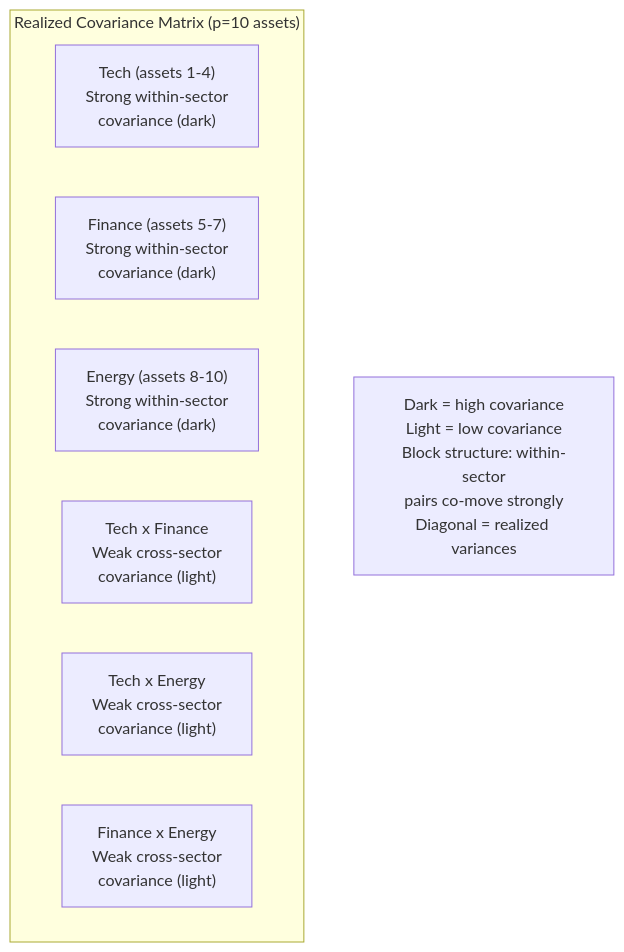
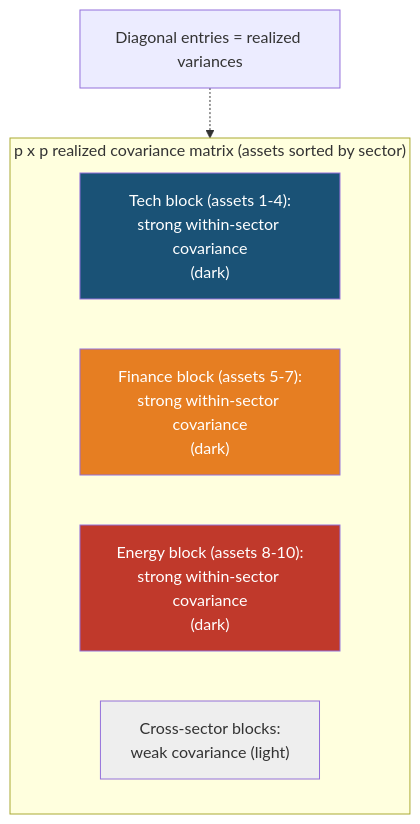
One commit to xRyann2255/ML-GS changed the first of 7 diagrams in vol-learning-guide/markdown/ch14-multivariate-volatility.md. Above: the diagram before and after it, drawn with Mermaid. The commit also changed other lines of this file and 10 other files, not shown here.

Commit message:
docs(vol-guide): regenerate markdown mirrors after diagram audit (ch10 taxonomy + ch03 decision-tree semantic; 9 re-layout refreshes)

````diff
--- a/vol-learning-guide/markdown/ch14-multivariate-volatility.md
+++ b/vol-learning-guide/markdown/ch14-multivariate-volatility.md
@@ -54,13 +32,14 @@
 ```mermaid
-graph TD
-    subgraph RC["Realized Covariance Matrix (p=10 assets)"]
-        direction LR
-        T["Tech (assets 1-4)\nStrong within-sector\ncovariance (dark)"]
-        F["Finance (assets 5-7)\nStrong within-sector\ncovariance (dark)"]
-        E["Energy (assets 8-10)\nStrong within-sector\ncovariance (dark)"]
-        TF["Tech x Finance\nWeak cross-sector\ncovariance (light)"]
-        TE["Tech x Energy\nWeak cross-sector\ncovariance (light)"]
-        FE["Finance x Energy\nWeak cross-sector\ncovariance (light)"]
+flowchart TD
+    subgraph RC["p x p realized covariance matrix (assets sorted by sector)"]
+        Tech["Tech block (assets 1-4):<br/>strong within-sector covariance<br/>(dark)"]
+        Fin["Finance block (assets 5-7):<br/>strong within-sector covariance<br/>(dark)"]
+        Energy["Energy block (assets 8-10):<br/>strong within-sector covariance<br/>(dark)"]
+        Cross["Cross-sector blocks:<br/>weak covariance (light)"]
     end
-    note["Dark = high covariance\nLight = low covariance\nBlock structure: within-sector\npairs co-move strongly\nDiagonal = realized variances"]
+    Diag["Diagonal entries = realized variances"] -.-> RC
+    style Tech fill:#1a5276,color:#fff
+    style Fin fill:#e67e22,color:#fff
+    style Energy fill:#c0392b,color:#fff
+    style Cross fill:#eeeeee
 ```
````
